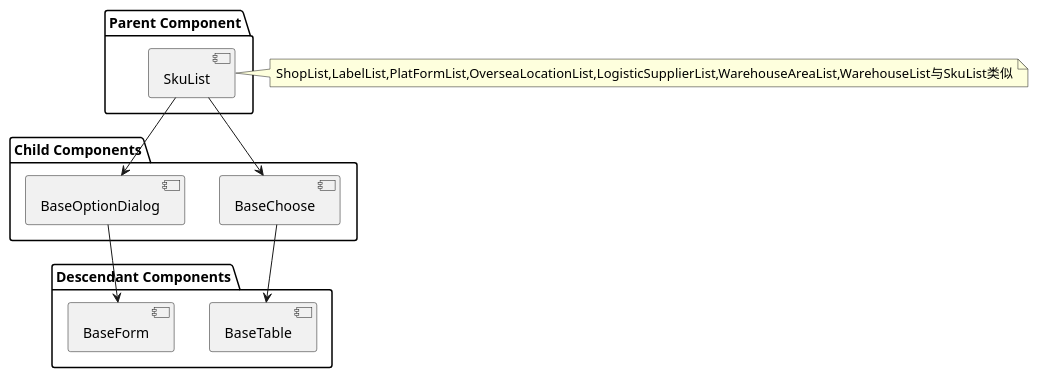
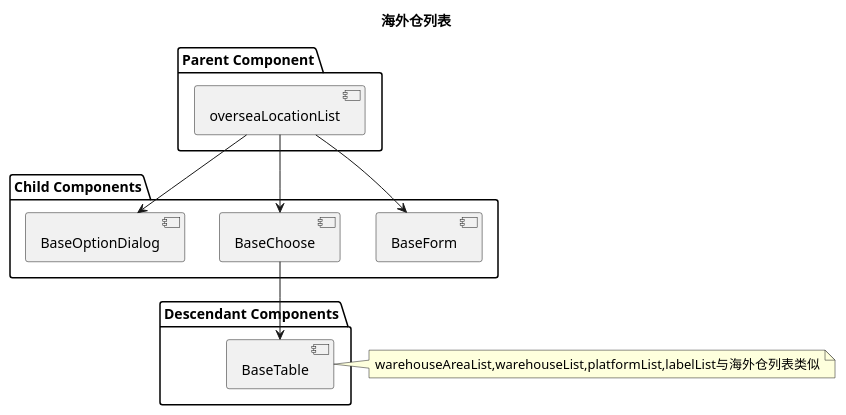
The second of 3 diagrams in docs/component-design/system.puml (futurekidult/lis), drawn with PlantUML before and after one commit. The commit also changed other lines of this file and 2 other files, not shown here.

```diff
--- a/docs/component-design/system.puml
+++ b/docs/component-design/system.puml
@@ -1,28 +27,27 @@
 @startuml
+title 海外仓列表
 
 package "Parent Component" {
-  [SkuList]
+  [overseaLocationList]
 }
 
 package "Child Components" {
+  [BaseForm]
   [BaseChoose]
   [BaseOptionDialog]
 }
 
 package "Descendant Components" {
-  [BaseForm]
   [BaseTable]
 }
 
-[SkuList]                     -->       [BaseChoose]
-[SkuList]                     -->       [BaseOptionDialog]
-[BaseOptionDialog]  -->        [BaseForm]
-[BaseChoose]            -->        [BaseTable]
+[overseaLocationList]                     -->       [BaseChoose]
+[overseaLocationList]                     -->       [BaseOptionDialog]
+[overseaLocationList]                     -->       [BaseForm]
+[BaseChoose]                                 -->       [BaseTable]
 
-
-note right of  [SkuList] 
-    ShopList,LabelList,PlatFormList,OverseaLocationList,LogisticSupplierList,WarehouseAreaList,WarehouseList与SkuList类似
+note right 
+  warehouseAreaList,warehouseList,platformList,labelList与海外仓列表类似
 end note
 
-
 @enduml
```
